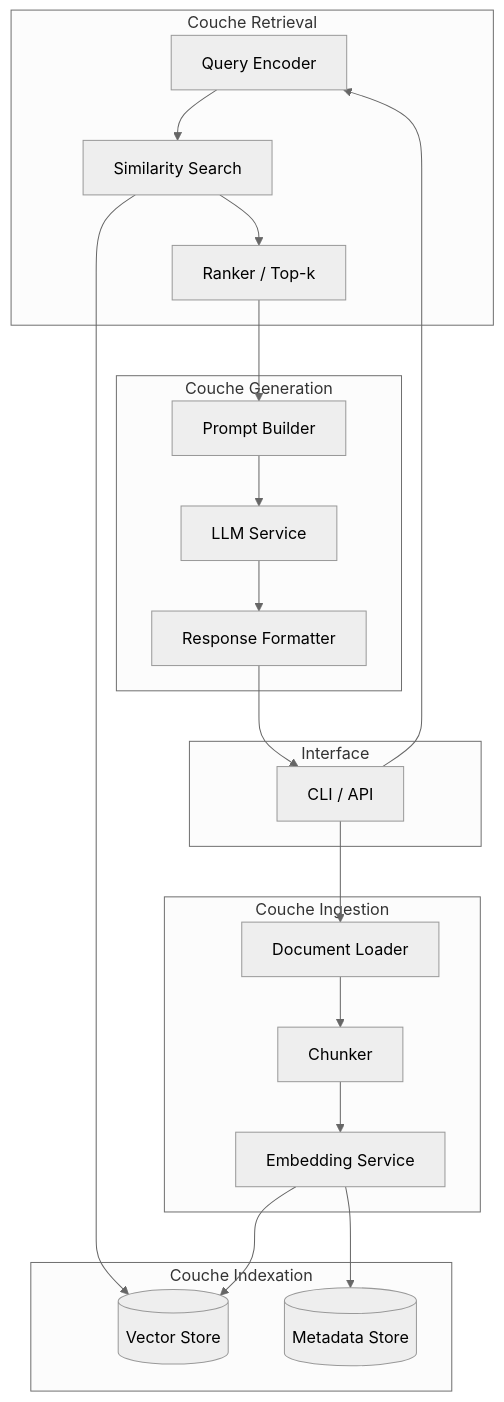
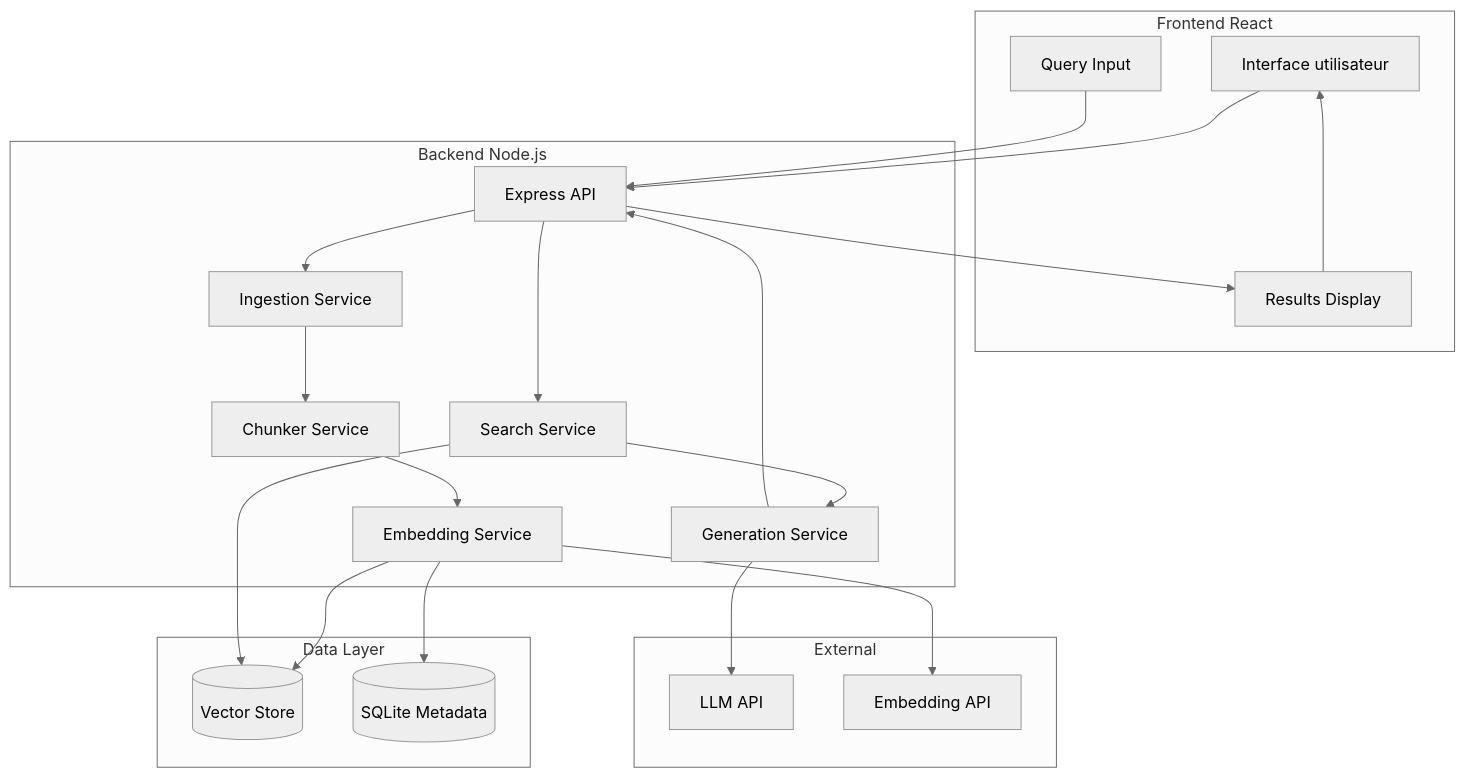
The first of 2 diagrams in docs/04-decisions-architectures.md (jlg-formation/gia-janv-2026), drawn with Mermaid (neutral theme) before and after one commit. The commit also changed other lines of this file and 10 other files, not shown here.

````diff
--- a/docs/04-decisions-architectures.md
+++ b/docs/04-decisions-architectures.md
@@ -9,34 +9,34 @@
 ```mermaid
 graph TB
-    subgraph "Couche Ingestion"
-        LOAD[Document Loader]
-        CHUNK[Chunker]
+    subgraph "Frontend React"
+        UI[Interface utilisateur]
+        QUERY[Query Input]
+        RESULTS[Results Display]
+    end
+    subgraph "Backend Node.js"
+        API[Express API]
+        INGEST[Ingestion Service]
+        CHUNK[Chunker Service]
         EMBED[Embedding Service]
+        SEARCH[Search Service]
+        GEN[Generation Service]
     end
-    subgraph "Couche Indexation"
+    subgraph "Data Layer"
         VSTORE[(Vector Store)]
-        META[(Metadata Store)]
+        META[(SQLite Metadata)]
     end
-    subgraph "Couche Retrieval"
-        QUERY[Query Encoder]
-        SEARCH[Similarity Search]
-        RANK[Ranker / Top-k]
-    end
-    subgraph "Couche Generation"
-        PROMPT[Prompt Builder]
-        LLM[LLM Service]
-        FORMAT[Response Formatter]
-    end
-    subgraph "Interface"
-        CLI[CLI / API]
+    subgraph "External"
+        LLM[LLM API]
+        EMBEDAPI[Embedding API]
     end
 
-    CLI --> LOAD
-    LOAD --> CHUNK --> EMBED --> VSTORE
+    UI --> API
+    QUERY --> API
+    API --> INGEST --> CHUNK --> EMBED --> VSTORE
     EMBED --> META
-    CLI --> QUERY
-    QUERY --> SEARCH
-    SEARCH --> VSTORE
-    SEARCH --> RANK --> PROMPT
-    PROMPT --> LLM --> FORMAT --> CLI
+    API --> SEARCH --> VSTORE
+    SEARCH --> GEN --> LLM
+    EMBED --> EMBEDAPI
+    RESULTS --> UI
+    GEN --> API --> RESULTS
 ```
````
